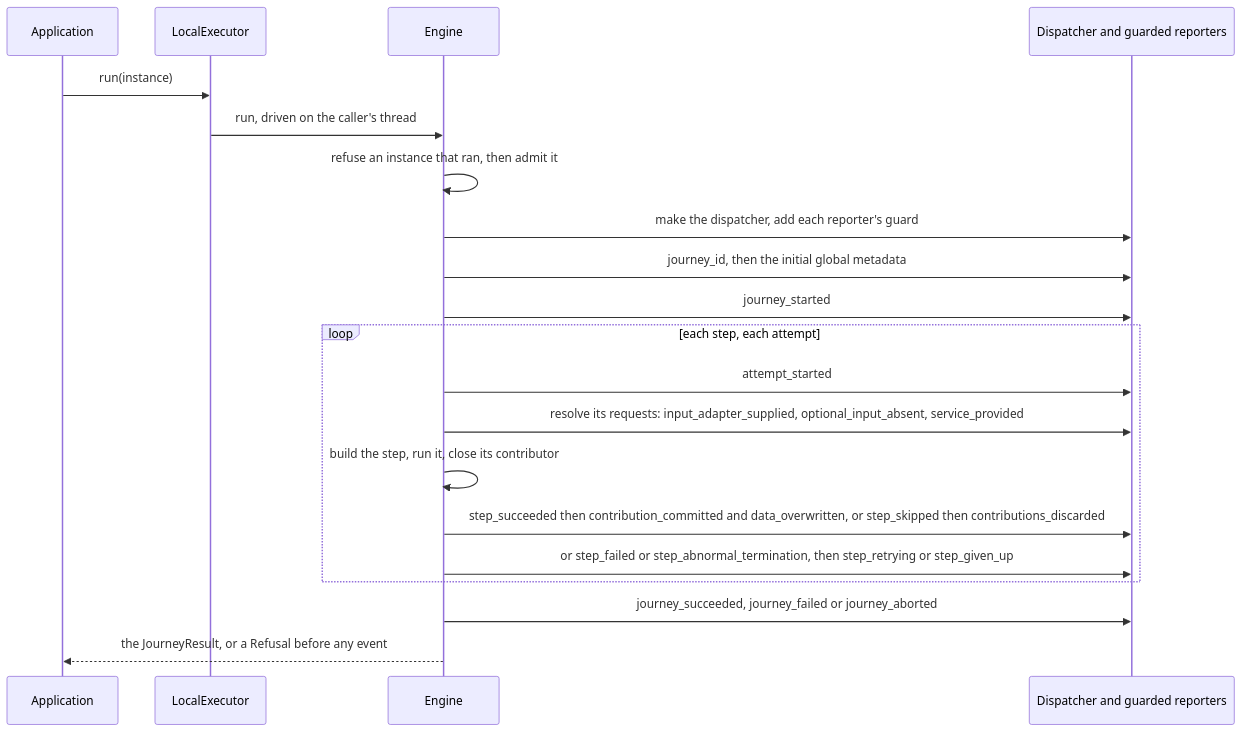
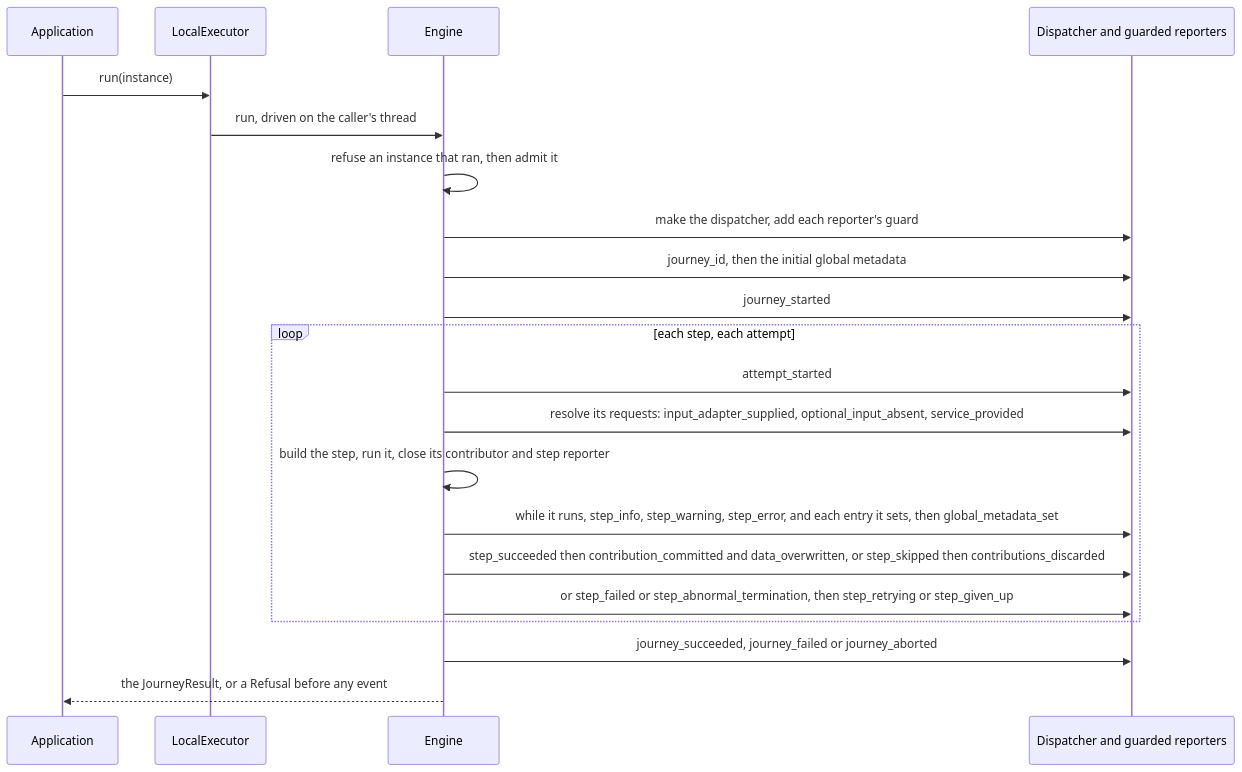
The third of 4 diagrams in docs/architecture.md (itinera-dev/itinera-j), drawn with Mermaid before and after one commit. The commit also changed other lines of this file and 52 other files, not shown here.

````diff
--- a/docs/architecture.md
+++ b/docs/architecture.md
@@ -79,24 +79,25 @@
 ```mermaid
 sequenceDiagram
     accTitle: How LocalExecutor runs one journey
-    accDescr: The application calls run with an instance. The executor refuses a call while it runs a journey and an instance that ran, then checks the instance for every violation, then makes the dispatcher and adds a guard for each reporter, then sets journey_id and the initial global metadata. Then the engine emits journey_started, and for each step attempts it: attempt_started, then what the step requests is resolved, its inputs first, through its input adapter, which emits input_adapter_supplied, or from the data bag, which emits optional_input_absent for an optional input with no value, then its services, whose providers emit service_provided, then the step is built and run with a contributor made for the attempt; a success emits step_succeeded, then contribution_committed for each key the step contributed, with data_overwritten after a key that held a value; a skip emits step_skipped and contributions_discarded, and the next step follows; a failure emits step_failed and an abnormal termination step_abnormal_termination, then step_retrying and another attempt, or step_given_up and journey_failed. Once every step succeeded or skipped, it emits journey_succeeded. An abort emits journey_aborted. The executor returns the result.
+    accDescr: The application calls run with an instance. The executor refuses a call while it runs a journey and an instance that ran, then checks the instance for every violation, then makes the dispatcher and adds a guard for each reporter, then sets journey_id and the initial global metadata. Then the engine emits journey_started, and for each step attempts it: attempt_started, then what the step requests is resolved, its inputs first, through its input adapter, which emits input_adapter_supplied, or from the data bag, which emits optional_input_absent for an optional input with no value, then its services, whose providers emit service_provided, then the step is built and run with a contributor and a step reporter made for the attempt, through which it emits step_info, step_warning and step_error and sets global metadata, each entry reaching the reporters before global_metadata_set; a success emits step_succeeded, then contribution_committed for each key the step contributed, with data_overwritten after a key that held a value; a skip emits step_skipped and contributions_discarded, and the next step follows; a failure emits step_failed and an abnormal termination step_abnormal_termination, then step_retrying and another attempt, or step_given_up and journey_failed. Once every step succeeded or skipped, it emits journey_succeeded. An abort emits journey_aborted. The executor returns the result.
     participant App as Application
     participant Exec as LocalExecutor
     participant Eng as Engine
     participant Disp as Dispatcher and guarded reporters
     App->>Exec: run(instance)
     Exec->>Eng: run, driven on the caller's thread
     Eng->>Eng: refuse an instance that ran, then admit it
     Eng->>Disp: make the dispatcher, add each reporter's guard
     Eng->>Disp: journey_id, then the initial global metadata
     Eng->>Disp: journey_started
     loop each step, each attempt
         Eng->>Disp: attempt_started
         Eng->>Disp: resolve its requests: input_adapter_supplied, optional_input_absent, service_provided
-        Eng->>Eng: build the step, run it, close its contributor
+        Eng->>Eng: build the step, run it, close its contributor and step reporter
+        Eng->>Disp: while it runs, step_info, step_warning, step_error, and each entry it sets, then global_metadata_set
         Eng->>Disp: step_succeeded then contribution_committed and data_overwritten, or step_skipped then contributions_discarded
         Eng->>Disp: or step_failed or step_abnormal_termination, then step_retrying or step_given_up
     end
     Eng->>Disp: journey_succeeded, journey_failed or journey_aborted
     Eng-->>App: the JourneyResult, or a Refusal before any event
 ```
````
